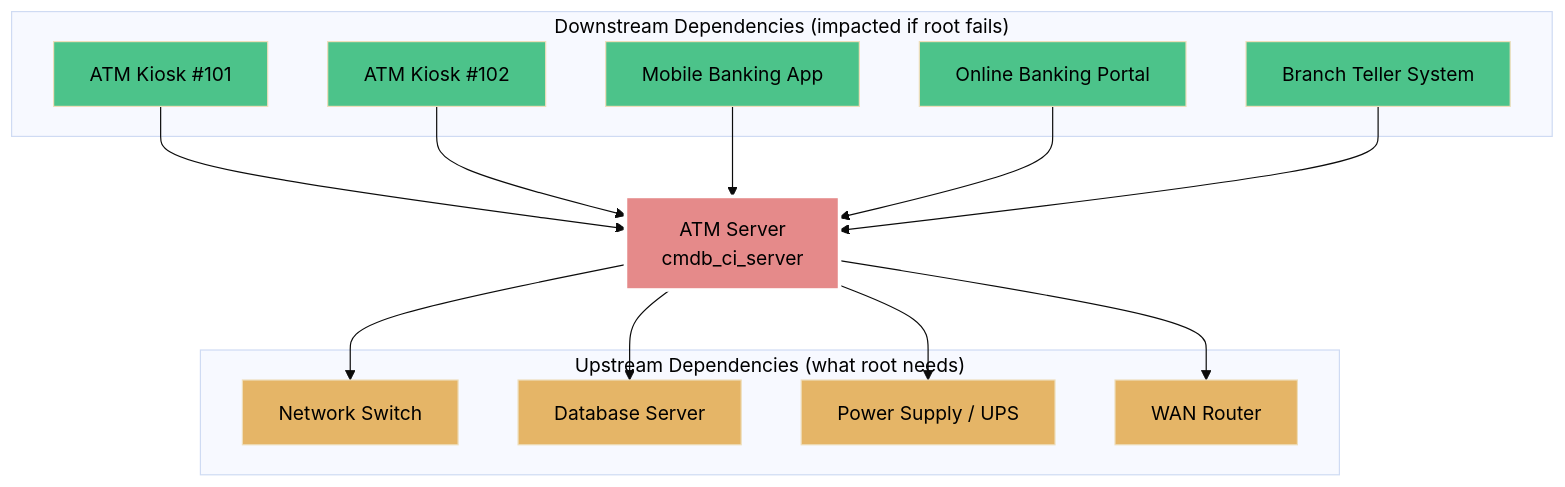
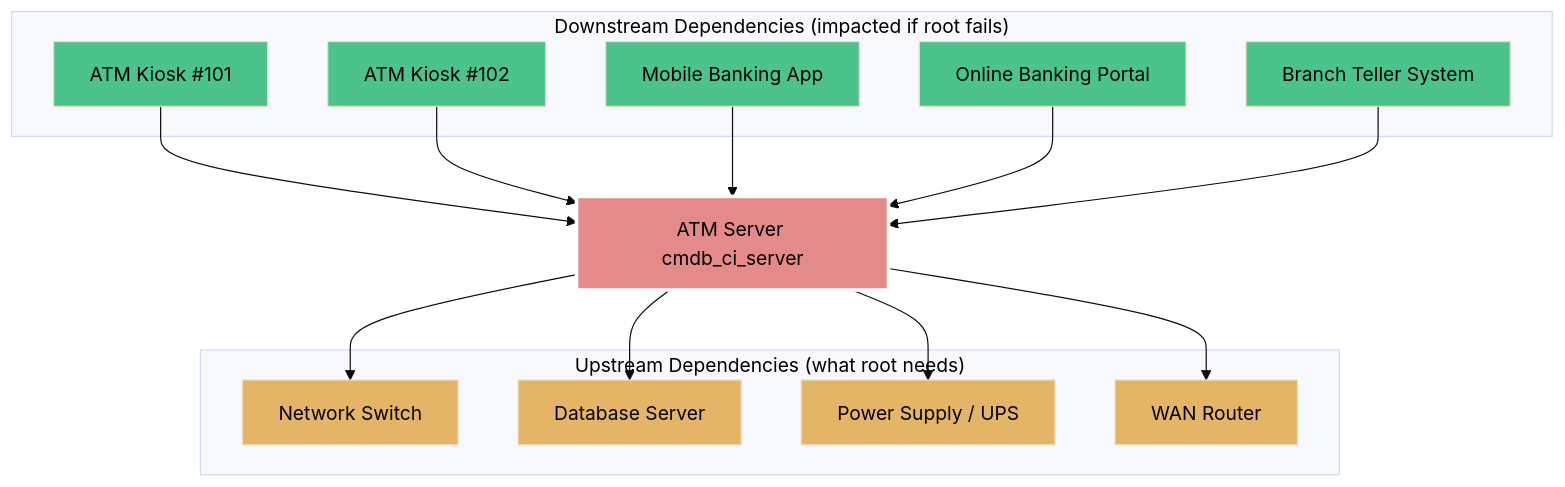
Before and after one commit to eltonaguiar/ServiceNow_Learning_TSOM-_CSM_FSM_SalesCRM_HAM_ITSM: diagram 19 of 20 in docs/modules/cmdb/cmdb-guide.md, drawn with Mermaid (base theme). The commit also changed other lines of this file and 1 other file, not shown here.

Commit message:
docs(cmdb,discovery): merge IRE rule applicability (insert/update truth table, dynamic rules, inclusion rules, key fields, system properties) + fix mermaid accuracy (fences, <br/>, parens) and accessibility (contrast, remove harsh red)

````diff
--- a/docs/modules/cmdb/cmdb-guide.md
+++ b/docs/modules/cmdb/cmdb-guide.md
@@ -2733,36 +2830,37 @@
 ```mermaid
 flowchart TB
     subgraph Downstream["Downstream Dependencies (impacted if root fails)"]
         ATM1[ATM Kiosk #101]
         ATM2[ATM Kiosk #102]
         MOBILE[Mobile Banking App]
         ONLINE[Online Banking Portal]
         TELLER[Branch Teller System]
     end
 
-    ROOT[ATM Server<br/>cmdb_ci_server]:::root
+    ROOT[ATM Server cmdb_ci_server]:::root
 
     subgraph Upstream["Upstream Dependencies (what root needs)"]
         NET[Network Switch]
         DB[Database Server]
         PWR[Power Supply / UPS]
         WAN[WAN Router]
     end
 
     ATM1 --> ROOT
     ATM2 --> ROOT
     MOBILE --> ROOT
     ONLINE --> ROOT
     TELLER --> ROOT
 
     ROOT --> NET
     ROOT --> DB
     ROOT --> PWR
     ROOT --> WAN
 
     classDef root fill:#e58a8a,stroke:#fff,stroke-width:3px,color:#000
     classDef down fill:#4cc38a,color:#000
     classDef up fill:#e5b567,color:#000
     class ATM1,ATM2,MOBILE,ONLINE,TELLER down
     class NET,DB,PWR,WAN up
+
 ```
````
